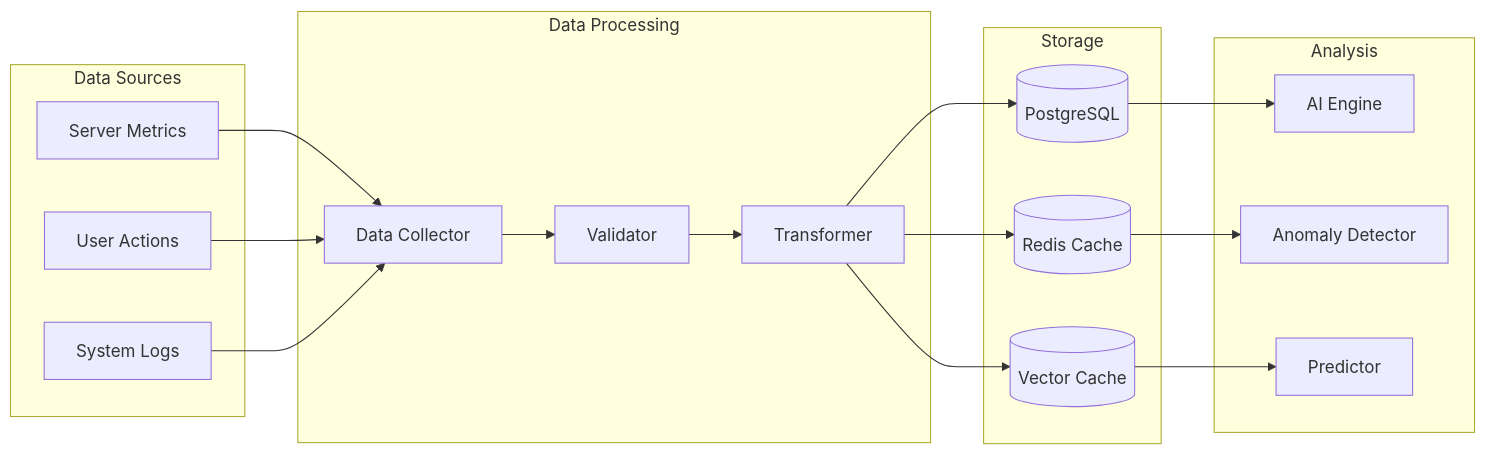
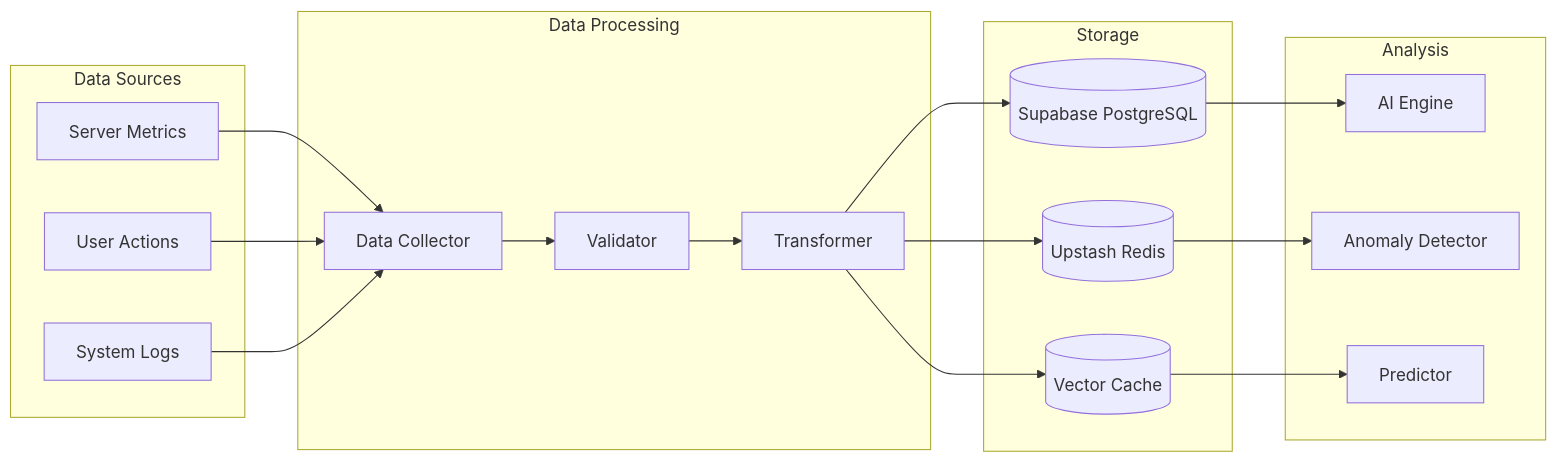
Before and after one commit to skyasu2/openmanager-vibe-v5: the second of 2 diagrams in docs/ARCHITECTURE.md, drawn with Mermaid. The commit also changed other lines of this file and 44 other files, not shown here.

````diff
--- a/docs/ARCHITECTURE.md
+++ b/docs/ARCHITECTURE.md
@@ -100,38 +257,38 @@
 ```mermaid
 graph LR
     subgraph "Data Sources"
         S1[Server Metrics]
         S2[User Actions]
         S3[System Logs]
     end
 
     subgraph "Data Processing"
         C[Data Collector]
         V[Validator]
         T[Transformer]
     end
 
     subgraph "Storage"
-        PG[(PostgreSQL)]
-        RD[(Redis Cache)]
+        PG[(Supabase PostgreSQL)]
+        RD[(Upstash Redis)]
         VC[(Vector Cache)]
     end
 
     subgraph "Analysis"
         AI[AI Engine]
         A[Anomaly Detector]
         P[Predictor]
     end
 
     S1 --> C
     S2 --> C
     S3 --> C
     C --> V
     V --> T
     T --> PG
     T --> RD
     T --> VC
     PG --> AI
     RD --> A
     VC --> P
 ```
````
